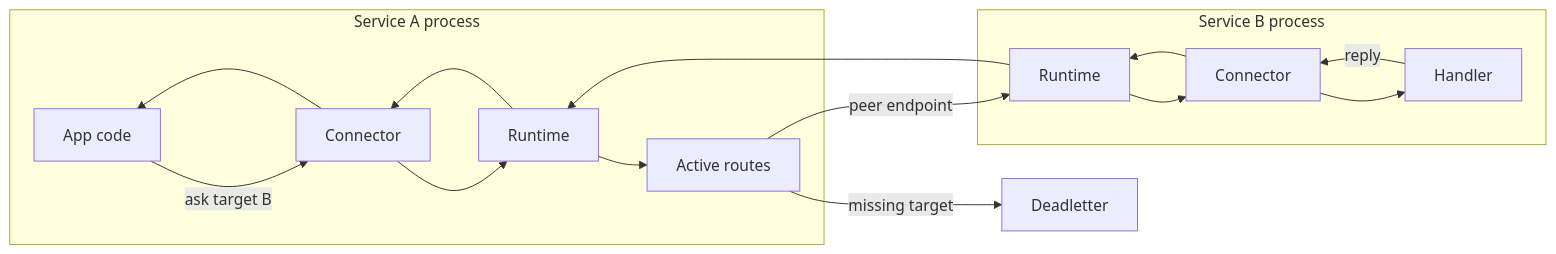
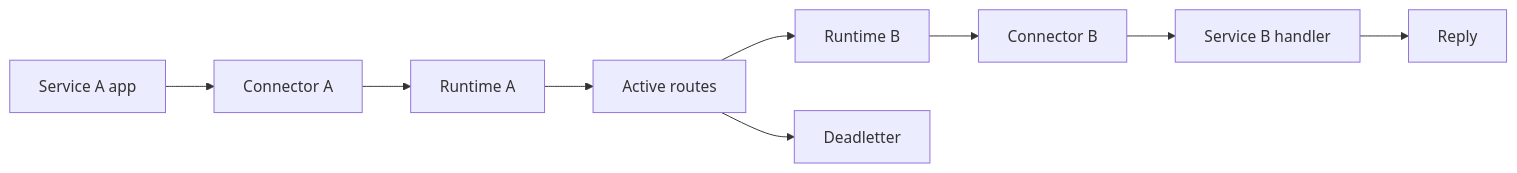
Before and after one commit to phuong-tran/coakka-samples: the fifth of 5 diagrams in README.md, drawn with Mermaid. The commit also changed other lines of this file, not shown here.

Commit message:
docs: simplify mermaid diagrams for github

````diff
--- a/README.md
+++ b/README.md
@@ -466,30 +462,21 @@
 ```mermaid
 flowchart LR
-    subgraph serviceA["Service A process"]
-        appA2["App code"]
-        connectorA2["Connector"]
-        runtimeA2["Runtime"]
-        routesA2["Active routes"]
-    end
-
-    subgraph serviceB["Service B process"]
-        runtimeB2["Runtime"]
-        connectorB2["Connector"]
-        handlerB2["Handler"]
-    end
-
+    appA2["Service A app"]
+    connectorA2["Connector A"]
+    runtimeA2["Runtime A"]
+    routesA2["Active routes"]
+    runtimeB2["Runtime B"]
+    connectorB2["Connector B"]
+    handlerB2["Service B handler"]
+    replyB2["Reply"]
     deadletter2["Deadletter"]
 
-    appA2 -->|ask target B| connectorA2
+    appA2 --> connectorA2
     connectorA2 --> runtimeA2
     runtimeA2 --> routesA2
-    routesA2 -->|peer endpoint| runtimeB2
-    routesA2 -->|missing target| deadletter2
+    routesA2 --> runtimeB2
     runtimeB2 --> connectorB2
     connectorB2 --> handlerB2
-    handlerB2 -->|reply| connectorB2
-    connectorB2 --> runtimeB2
-    runtimeB2 --> runtimeA2
-    runtimeA2 --> connectorA2
-    connectorA2 --> appA2
+    handlerB2 --> replyB2
+    routesA2 --> deadletter2
 ```
````
